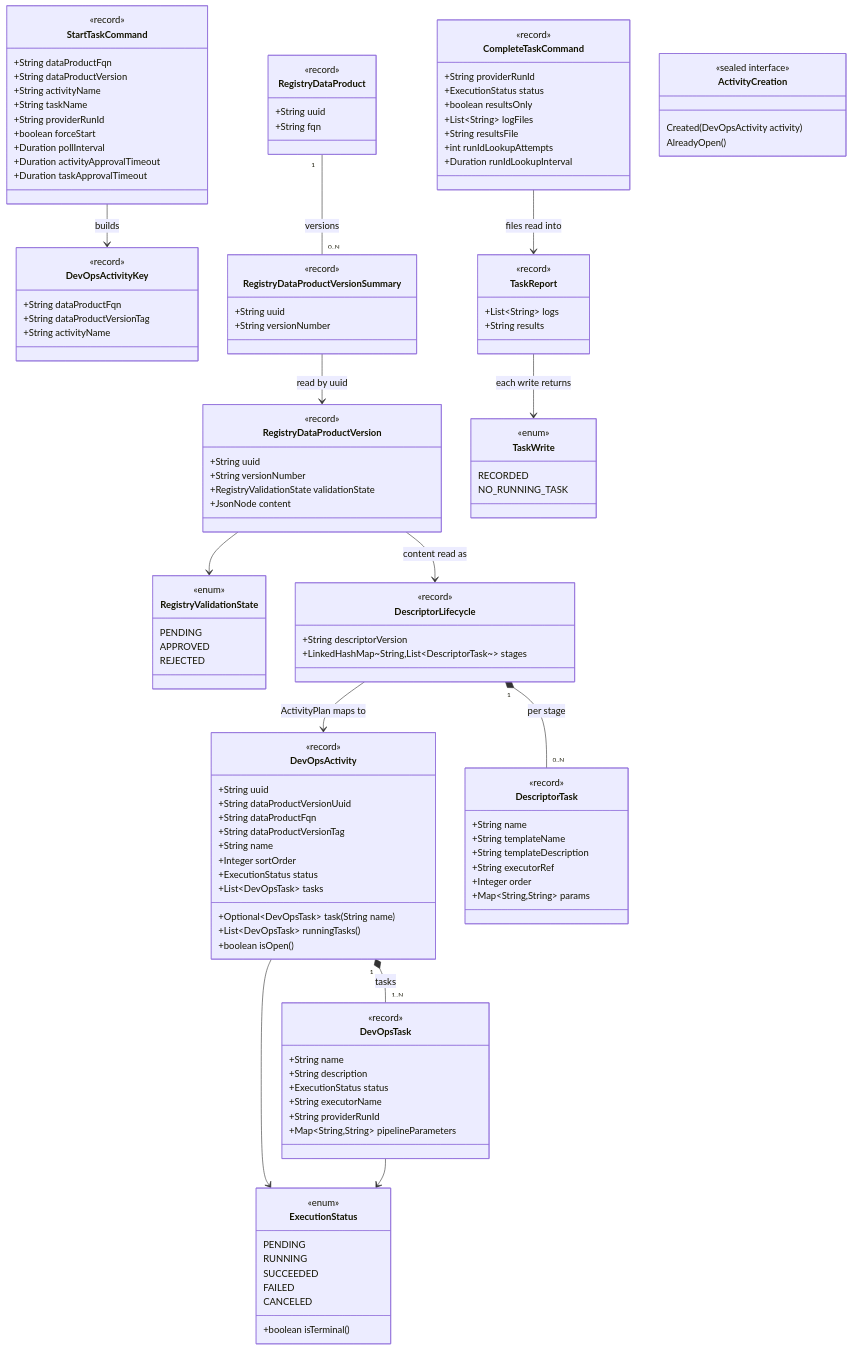
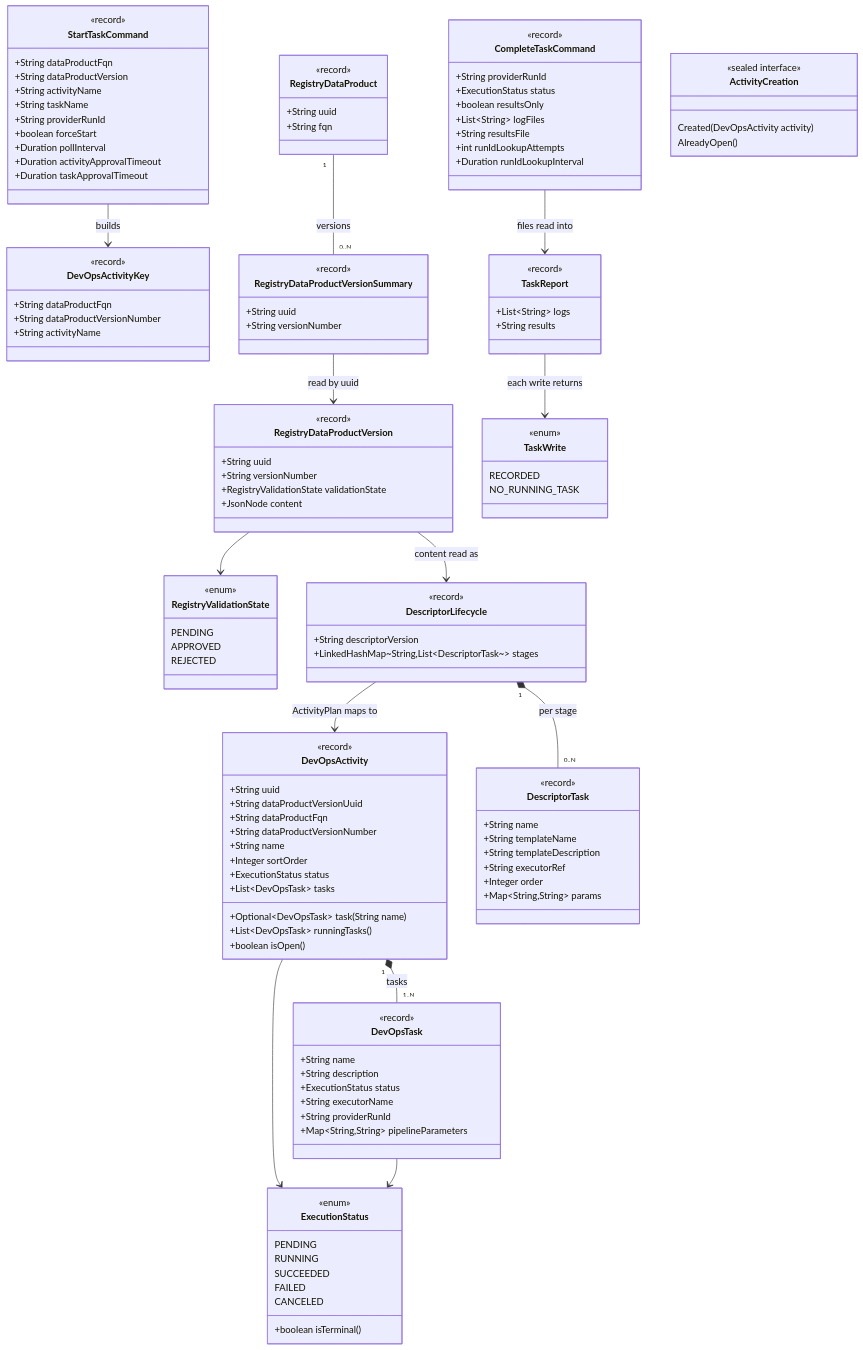
One commit to opendatamesh-initiative/odm-cli changed the diagram in spdd/prompt/BDMD-5443-202610291156-[Feat]-commands-devops-v2-start-complete-task.md. Above: the diagram before and after it, drawn with Mermaid. The commit also changed other lines of this file and 32 other files, not shown here.

```diff
--- a/spdd/prompt/BDMD-5443-202610291156-[Feat]-commands-devops-v2-start-complete-task.md
+++ b/spdd/prompt/BDMD-5443-202610291156-[Feat]-commands-devops-v2-start-complete-task.md
@@ -51,7 +51,7 @@
 class DevOpsActivityKey {
     <<record>>
     +String dataProductFqn
-    +String dataProductVersionTag
+    +String dataProductVersionNumber
     +String activityName
 }
 
@@ -60,7 +60,7 @@
     +String uuid
     +String dataProductVersionUuid
     +String dataProductFqn
-    +String dataProductVersionTag
+    +String dataProductVersionNumber
     +String name
     +Integer sortOrder
     +ExecutionStatus status
```
